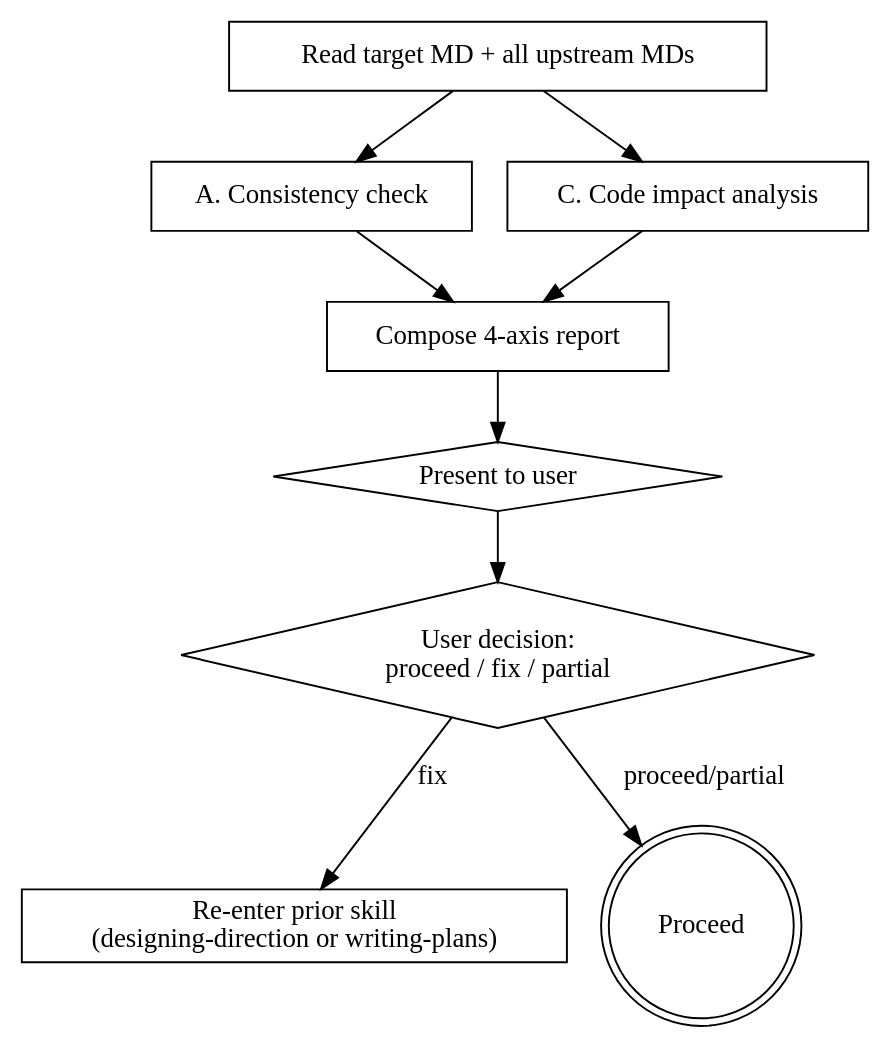
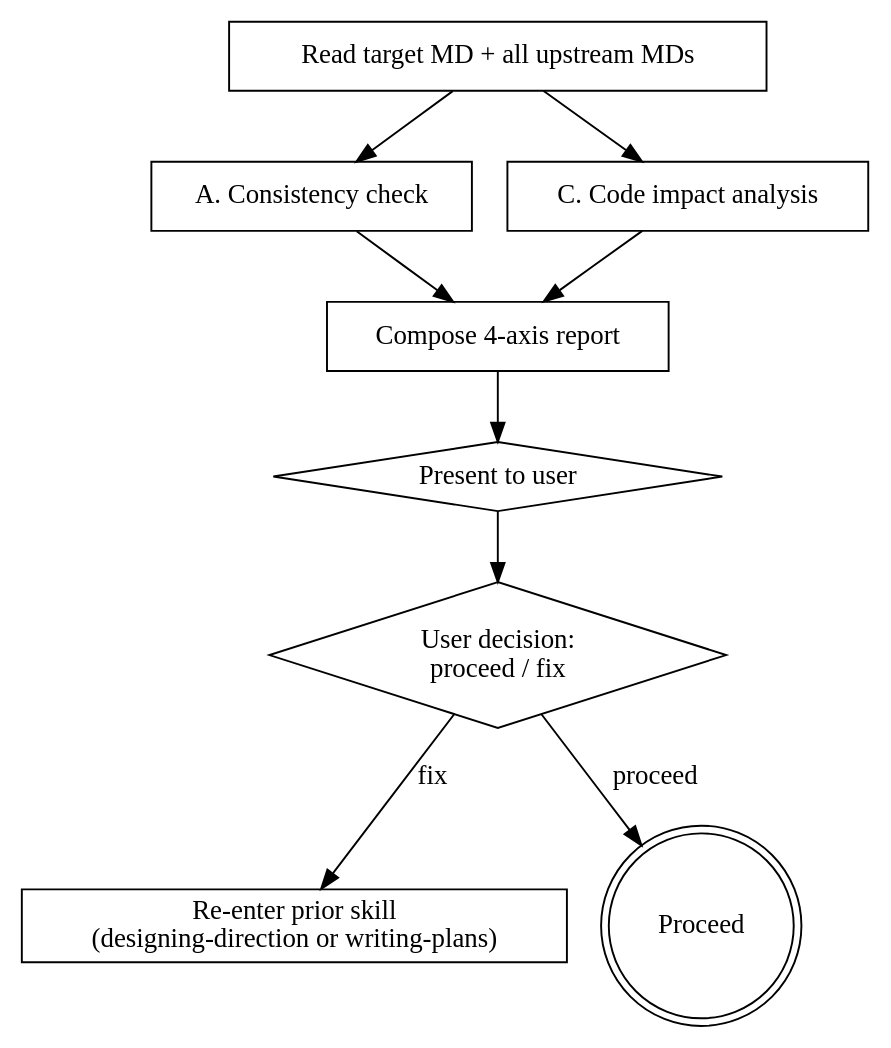
The diagram in skills/verifying-spec/SKILL.md (deokjinlog/intent-locked-workflow), drawn with Graphviz before and after one commit. The commit also changed other lines of this file and 10 other files, not shown here.

````diff
--- a/skills/verifying-spec/SKILL.md
+++ b/skills/verifying-spec/SKILL.md
@@ -26,21 +26,21 @@
 ```dot
 digraph verify_flow {
     "Read target MD + all upstream MDs" [shape=box];
     "A. Consistency check" [shape=box];
     "C. Code impact analysis" [shape=box];
     "Compose 4-axis report" [shape=box];
     "Present to user" [shape=diamond];
-    "User decision:\nproceed / fix / partial" [shape=diamond];
+    "User decision:\nproceed / fix" [shape=diamond];
     "Re-enter prior skill\n(designing-direction or writing-plans)" [shape=box];
     "Proceed" [shape=doublecircle];
 
     "Read target MD + all upstream MDs" -> "A. Consistency check";
     "Read target MD + all upstream MDs" -> "C. Code impact analysis";
     "A. Consistency check" -> "Compose 4-axis report";
     "C. Code impact analysis" -> "Compose 4-axis report";
     "Compose 4-axis report" -> "Present to user";
-    "Present to user" -> "User decision:\nproceed / fix / partial";
-    "User decision:\nproceed / fix / partial" -> "Re-enter prior skill\n(designing-direction or writing-plans)" [label="fix"];
-    "User decision:\nproceed / fix / partial" -> "Proceed" [label="proceed/partial"];
+    "Present to user" -> "User decision:\nproceed / fix";
+    "User decision:\nproceed / fix" -> "Re-enter prior skill\n(designing-direction or writing-plans)" [label="fix"];
+    "User decision:\nproceed / fix" -> "Proceed" [label="proceed"];
 }
 ```
````
